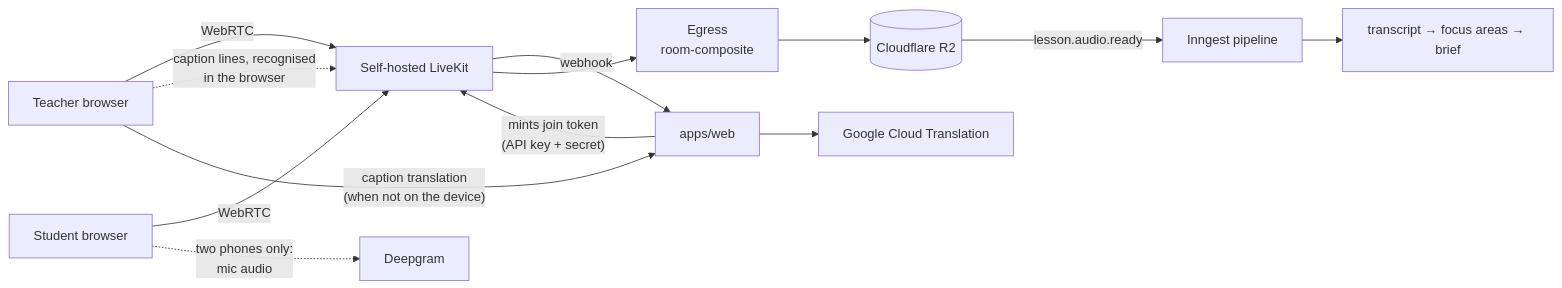
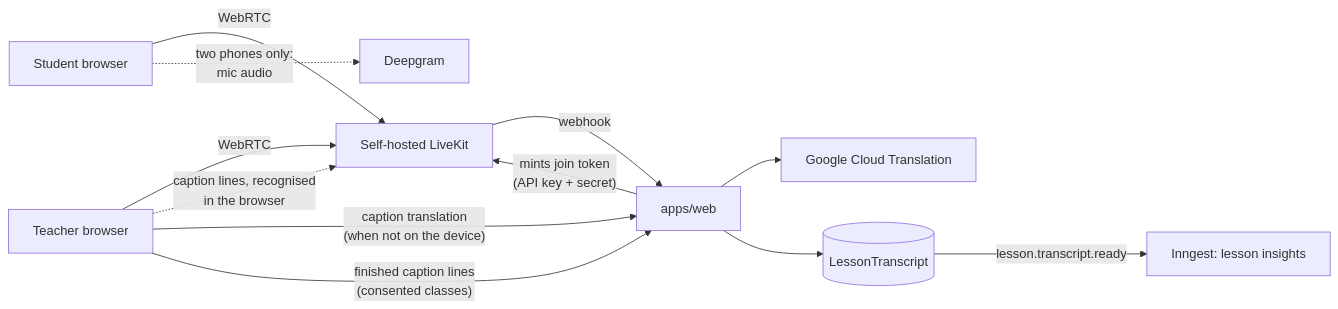
One commit to jaystewartuk/spiralclass changed the second of 2 diagrams in docs/architecture/overview.md. Above: the diagram before and after it, drawn with Mermaid. The commit also changed other lines of this file and 5 other files, not shown here.

First line of the commit message:
The architecture docs described a video pipeline, route groups and a student model the code no longer had

````diff
--- a/docs/architecture/overview.md
+++ b/docs/architecture/overview.md
@@ -177,15 +134,14 @@
 ```mermaid
 graph LR
     T["Teacher browser"] -- WebRTC --> LK["Self-hosted LiveKit"]
     S["Student browser"] -- WebRTC --> LK
     W["apps/web"] -- "mints join token<br/>(API key + secret)" --> LK
     LK -- webhook --> W
-    LK --> EG["Egress<br/>room-composite"]
-    EG --> R2[("Cloudflare R2")]
     T -. "caption lines, recognised<br/>in the browser" .-> LK
     T -- "caption translation<br/>(when not on the device)" --> W
     W --> GT["Google Cloud Translation"]
     S -. "two phones only:<br/>mic audio" .-> DG["Deepgram"]
-    R2 -- "lesson.audio.ready" --> IN["Inngest pipeline"]
-    IN --> INS["transcript → focus areas → brief"]
+    T -- "finished caption lines<br/>(consented classes)" --> W
+    W --> LT[("LessonTranscript")]
+    LT -- "lesson.transcript.ready" --> IN["Inngest: lesson insights"]
 ```
````
